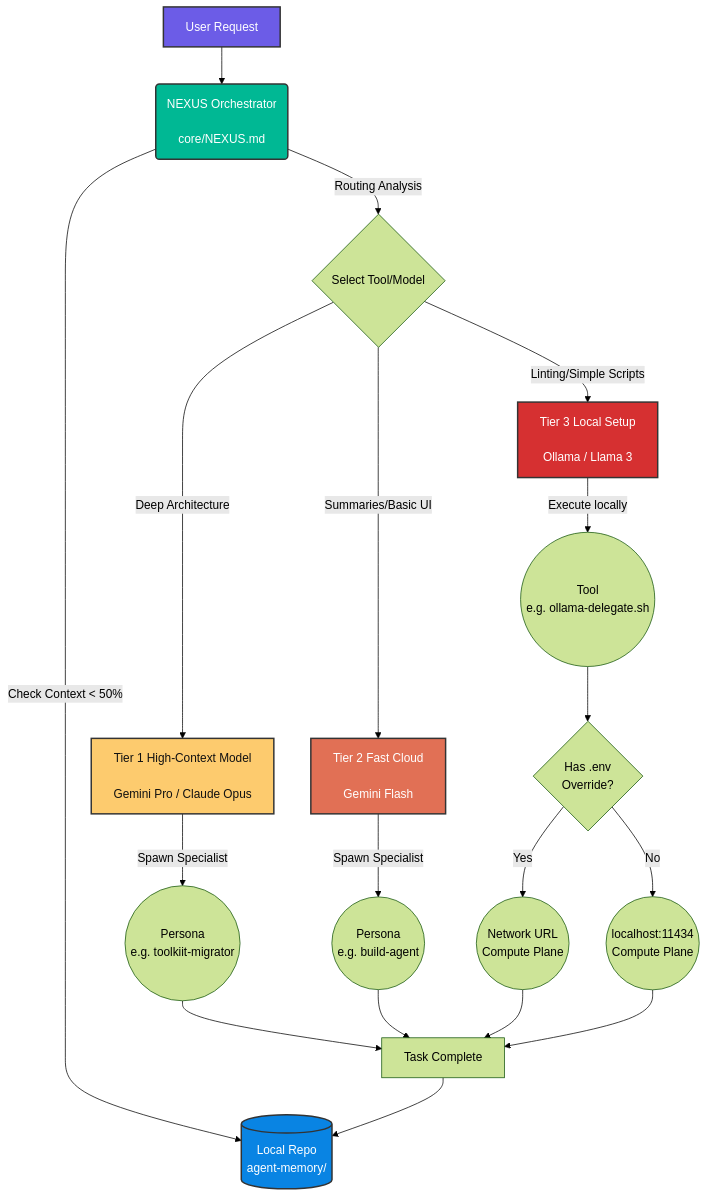
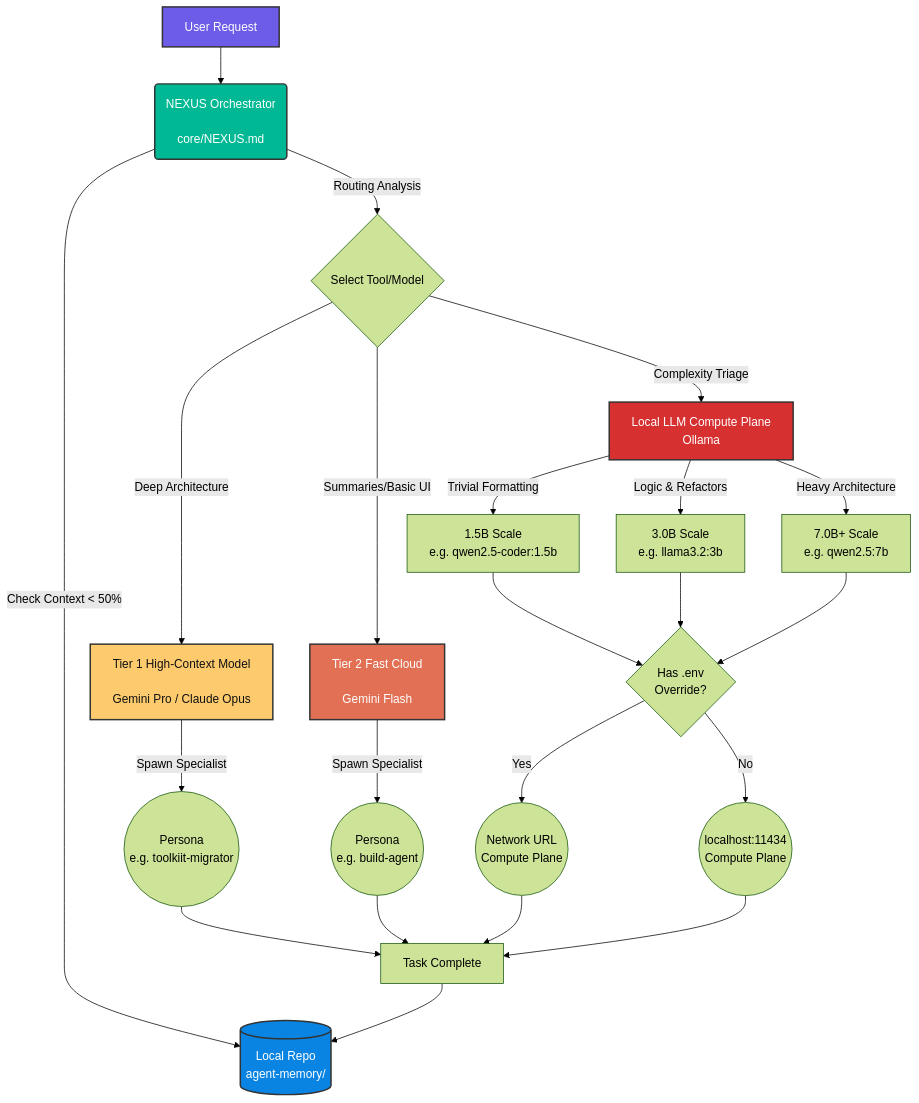
One commit to canoo/agent-nexus changed the diagram in README.md. Above: the diagram before and after it, drawn with Mermaid (forest theme). The commit also changed other lines of this file and 1 other file, not shown here.

Commit message:
docs: integrate telemetry benchmarks and formalize local orchestration delegation rules

````diff
--- a/README.md
+++ b/README.md
@@ -13,41 +13,46 @@
 ```mermaid
 graph TD
     %% Define styles
     classDef user fill:#6c5ce7,stroke:#333,stroke-width:2px,color:#fff;
     classDef orchestrator fill:#00b894,stroke:#333,stroke-width:2px,color:#fff;
     classDef agentT1 fill:#fdcb6e,stroke:#333,stroke-width:2px,color:#111;
     classDef agentT2 fill:#e17055,stroke:#333,stroke-width:2px,color:#fff;
     classDef agentT3 fill:#d63031,stroke:#333,stroke-width:2px,color:#fff;
     classDef memory fill:#0984e3,stroke:#333,stroke-width:2px,color:#fff;
 
     %% Nodes
     A[User Request]:::user --> B(NEXUS Orchestrator<br/><br/>core/NEXUS.md):::orchestrator
     
     B -->|Check Context < 50%| M[(Local Repo<br/>agent-memory/)]:::memory
 
     B -->|Routing Analysis| R{Select Tool/Model}
     
     %% Tier 1
     R -->|Deep Architecture| T1[Tier 1 High-Context Model<br/><br/>Gemini Pro / Claude Opus]:::agentT1
     T1 -->|Spawn Specialist| S1((Persona<br/>e.g. toolkiit-migrator))
     
     %% Tier 2
     R -->|Summaries/Basic UI| T2[Tier 2 Fast Cloud<br/><br/>Gemini Flash]:::agentT2
     T2 -->|Spawn Specialist| S2((Persona<br/>e.g. build-agent))
 
-    %% Tier 3
-    R -->|Linting/Simple Scripts| T3[Tier 3 Local Setup<br/><br/>Ollama / Llama 3]:::agentT3
-    T3 -->|Execute locally| S3((Tool<br/>e.g. ollama-delegate.sh))
-
+    %% Tier 3 (Local Edge Inference)
+    R -->|Complexity Triage| T3[Local LLM Compute Plane<br/>Ollama]:::agentT3
+    T3 -->|Trivial Formatting| T3_1[1.5B Scale<br/>e.g. qwen2.5-coder:1.5b]
+    T3 -->|Logic & Refactors| T3_3[3.0B Scale<br/>e.g. llama3.2:3b]
+    T3 -->|Heavy Architecture| T3_7[7.0B+ Scale<br/>e.g. qwen2.5:7b]
+    
     %% NEW: Conditional LLM Routing
-    S3 --> LLM_Check{Has .env <br/>Override?}
+    T3_1 --> LLM_Check{Has .env <br/>Override?}
+    T3_3 --> LLM_Check
+    T3_7 --> LLM_Check
+    
     LLM_Check -->|Yes| NetLLM((Network URL<br/>Compute Plane))
     LLM_Check -->|No| LocLLM((localhost:11434<br/>Compute Plane))
     
     %% Result cycle
     S1 --> Final[Task Complete]
     S2 --> Final
     NetLLM --> Final
     LocLLM --> Final
     Final --> M
 ```
````
